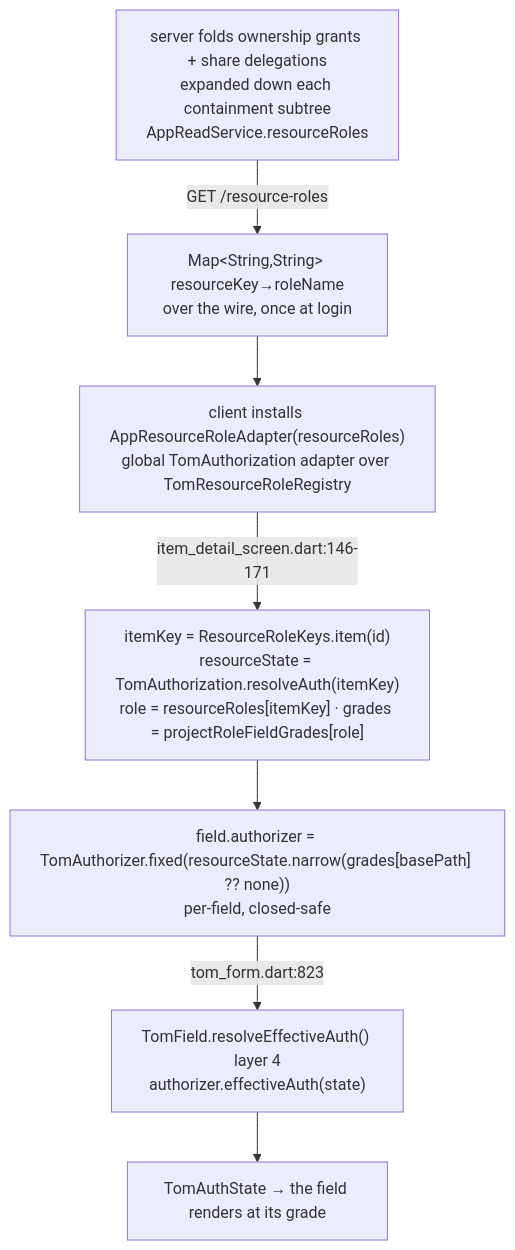
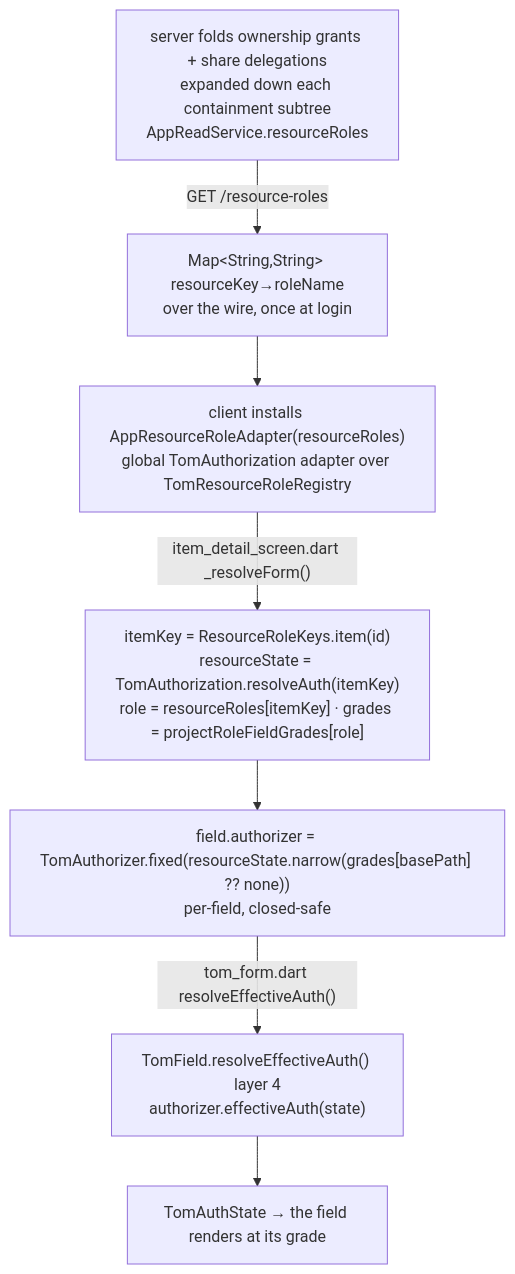
Before and after one commit to al-the-bear/tom_core: the diagram in tom_core_samples/README_advanced_A1_authorization_state_machine.md, drawn with Mermaid. The commit also changed other lines of this file and 3 other files, not shown here.

````diff
--- a/tom_core_samples/README_advanced_A1_authorization_state_machine.md
+++ b/tom_core_samples/README_advanced_A1_authorization_state_machine.md
@@ -144,9 +145,9 @@
 ```mermaid
 graph TB
   fold["server folds ownership grants + share delegations<br/>expanded down each containment subtree<br/>AppReadService.resourceRoles"] -- "GET /resource-roles" --> map["Map&lt;String,String&gt; resourceKey→roleName<br/>over the wire, once at login"]
   map --> adapter["client installs AppResourceRoleAdapter(resourceRoles)<br/>global TomAuthorization adapter over TomResourceRoleRegistry"]
-  adapter -- "item_detail_screen.dart:146-171" --> resolve["itemKey = ResourceRoleKeys.item(id)<br/>resourceState = TomAuthorization.resolveAuth(itemKey)<br/>role = resourceRoles[itemKey] · grades = projectRoleFieldGrades[role]"]
+  adapter -- "item_detail_screen.dart _resolveForm()" --> resolve["itemKey = ResourceRoleKeys.item(id)<br/>resourceState = TomAuthorization.resolveAuth(itemKey)<br/>role = resourceRoles[itemKey] · grades = projectRoleFieldGrades[role]"]
   resolve --> stamp["field.authorizer = TomAuthorizer.fixed(resourceState.narrow(grades[basePath] ?? none))<br/>per-field, closed-safe"]
-  stamp -- "tom_form.dart:823" --> field["TomField.resolveEffectiveAuth() layer 4<br/>authorizer.effectiveAuth(state)"]
+  stamp -- "tom_form.dart resolveEffectiveAuth()" --> field["TomField.resolveEffectiveAuth() layer 4<br/>authorizer.effectiveAuth(state)"]
   field --> state["TomAuthState → the field renders at its grade"]
 ```
````
